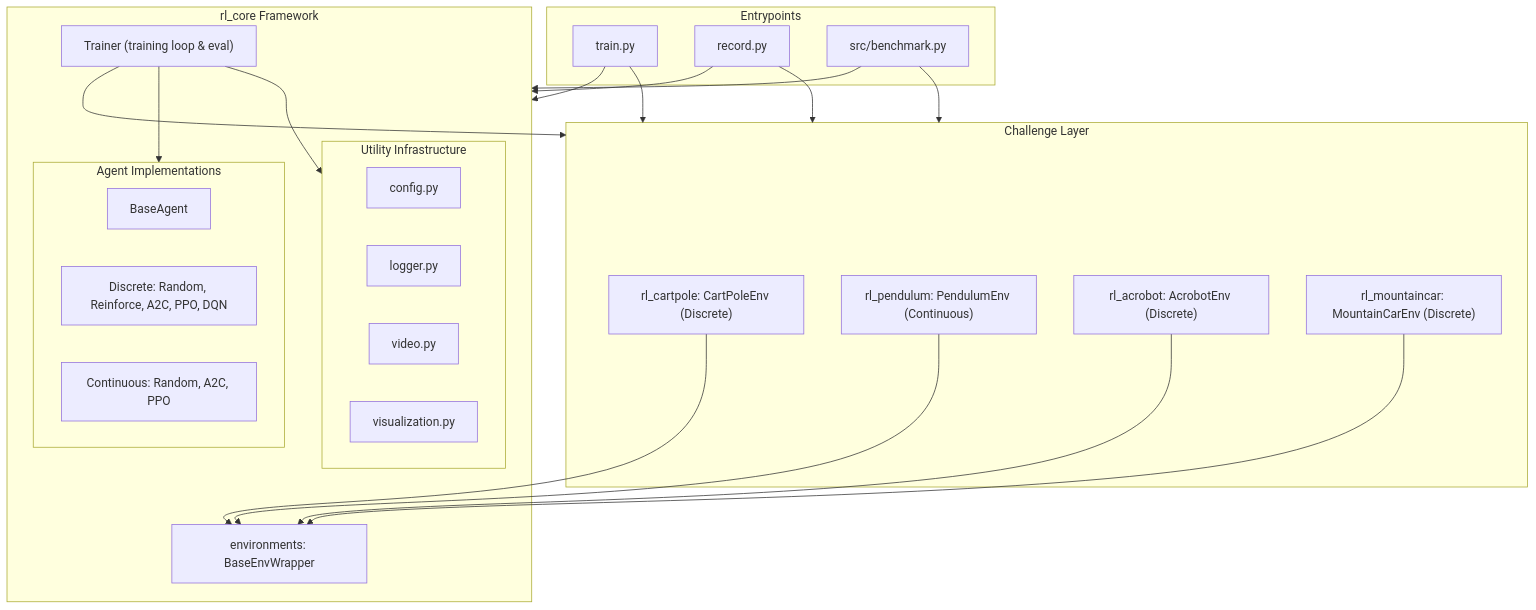
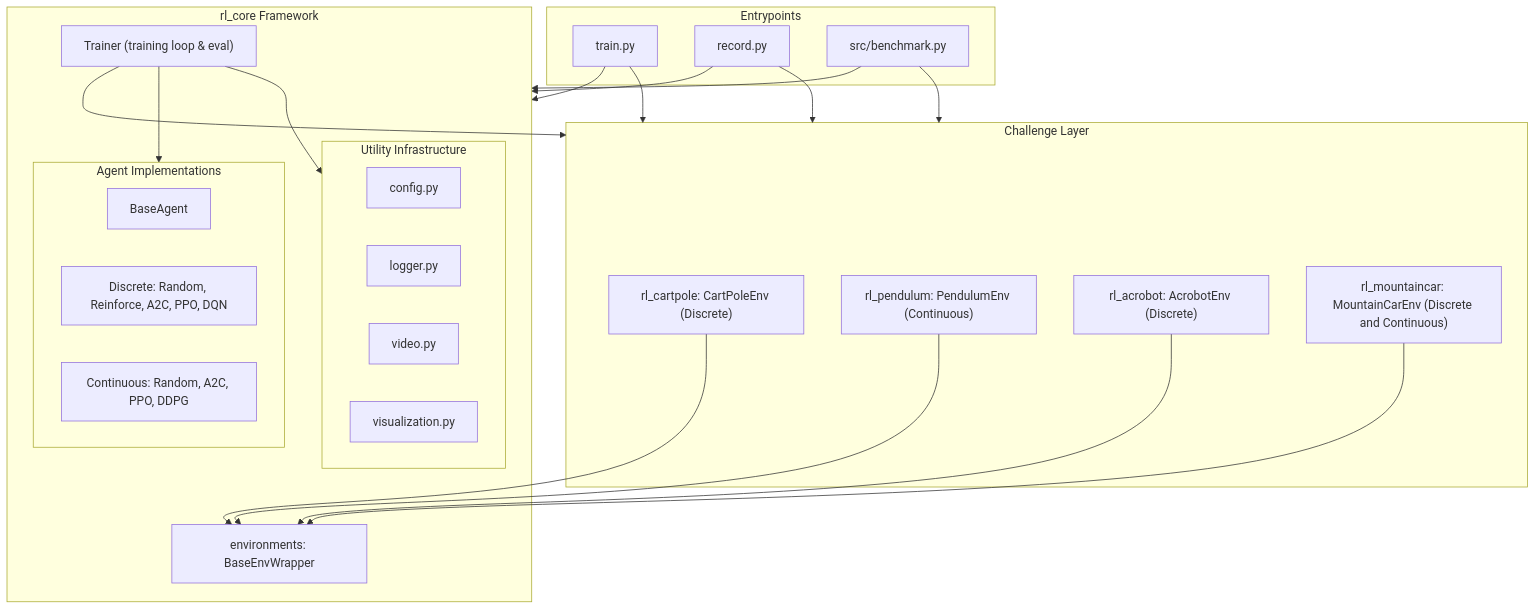
The first of 3 diagrams in ARCHITECTURE.md (andreijw/AI), drawn with Mermaid before and after one commit. The commit also changed other lines of this file and 24 other files, not shown here.

Commit message:
feat(challenges): add MountainCarContinuous-v0 with Ornstein-Uhlenbeck exploration for DDPG

````diff
--- a/ARCHITECTURE.md
+++ b/ARCHITECTURE.md
@@ -87,48 +91,48 @@
 ```mermaid
 flowchart TD
     subgraph CLI ["Entrypoints"]
         Train["train.py"]
         Record["record.py"]
         Bench["src/benchmark.py"]
     end
 
     subgraph Challenges ["Challenge Layer"]
         CartPole["rl_cartpole: CartPoleEnv (Discrete)"]
         Pendulum["rl_pendulum: PendulumEnv (Continuous)"]
         Acrobot["rl_acrobot: AcrobotEnv (Discrete)"]
-        MountainCar["rl_mountaincar: MountainCarEnv (Discrete)"]
+        MountainCar["rl_mountaincar: MountainCarEnv (Discrete and Continuous)"]
     end
 
     subgraph Core ["rl_core Framework"]
         Trainer["Trainer (training loop & eval)"]
         
         subgraph Agents ["Agent Implementations"]
             BaseAgent["BaseAgent"]
             DiscreteAgents["Discrete: Random, Reinforce, A2C, PPO, DQN"]
-            ContinuousAgents["Continuous: Random, A2C, PPO"]
+            ContinuousAgents["Continuous: Random, A2C, PPO, DDPG"]
         end
 
         EnvBase["environments: BaseEnvWrapper"]
 
         subgraph Utils ["Utility Infrastructure"]
             Config["config.py"]
             Logger["logger.py"]
             Video["video.py"]
             Viz["visualization.py"]
         end
     end
 
     Train --> Core
     Record --> Core
     Bench --> Core
     Train --> Challenges
     Record --> Challenges
     Bench --> Challenges
     Trainer --> Challenges
     Trainer --> Agents
     Trainer --> Utils
     CartPole --> EnvBase
     Pendulum --> EnvBase
     Acrobot --> EnvBase
     MountainCar --> EnvBase
 ```
````
